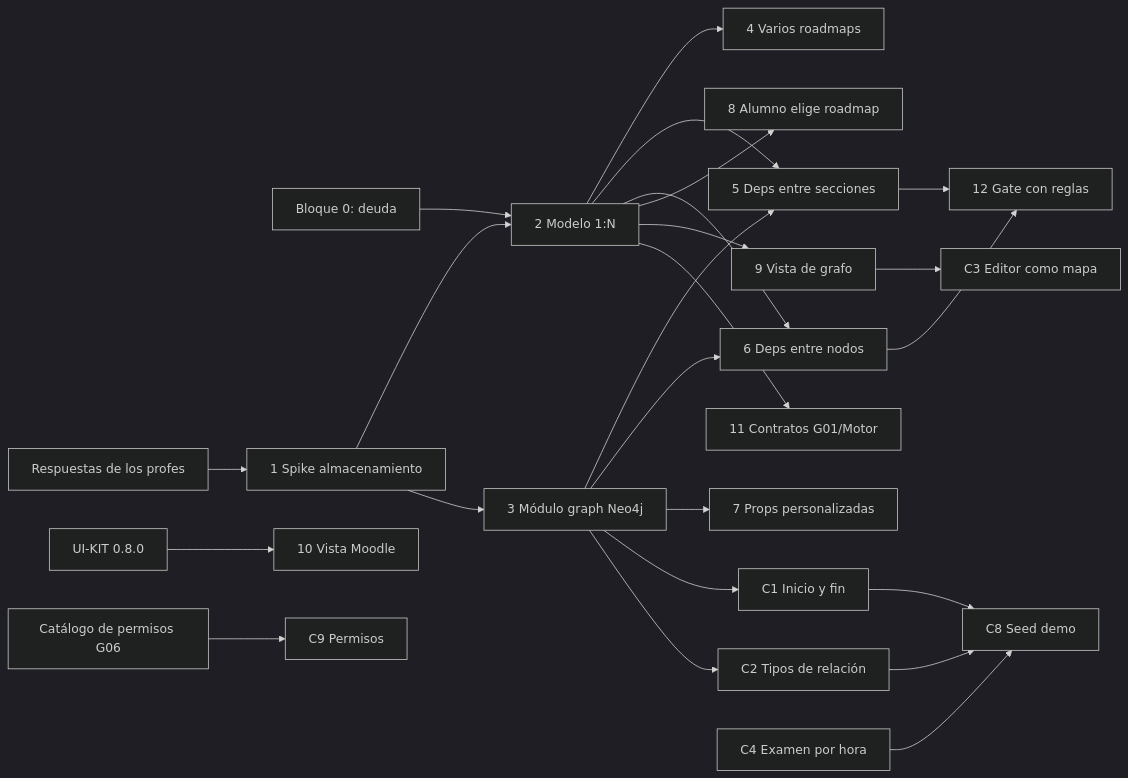
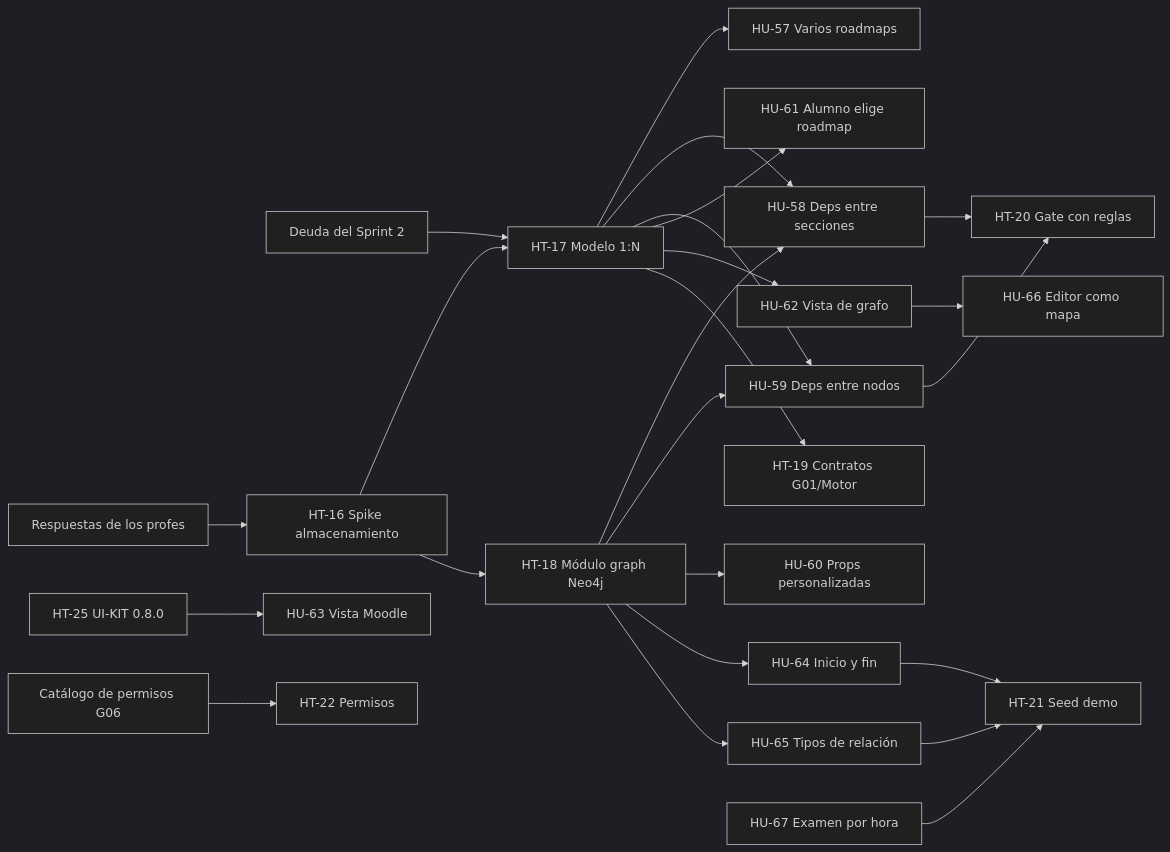
The diagram in sprints/sprint-3/06-backlog-sprint-3.md (BenjaminPolzoni/tpi-g10-cerebro), drawn with Mermaid (dark theme) before and after one commit. The commit also changed other lines of this file and 97 other files, not shown here.

Commit message:
Sprint 3: historias con códigos de Taiga (HU-NN/HT-NN) y la plantilla de la wiki

````diff
--- a/sprints/sprint-3/06-backlog-sprint-3.md
+++ b/sprints/sprint-3/06-backlog-sprint-3.md
@@ -93,26 +93,26 @@
 ```mermaid
 flowchart LR
-  B0[Bloque 0: deuda] --> HT2
-  Q[Respuestas de los profes] --> SP1[1 Spike almacenamiento]
-  SP1 --> HT2[2 Modelo 1:N]
-  SP1 --> HT3[3 Módulo graph Neo4j]
-  HT2 --> H4[4 Varios roadmaps]
-  HT2 --> H5[5 Deps entre secciones]
+  B0[Deuda del Sprint 2] --> HT2
+  Q[Respuestas de los profes] --> SP1[HT-16 Spike almacenamiento]
+  SP1 --> HT2[HT-17 Modelo 1:N]
+  SP1 --> HT3[HT-18 Módulo graph Neo4j]
+  HT2 --> H4[HU-57 Varios roadmaps]
+  HT2 --> H5[HU-58 Deps entre secciones]
   HT3 --> H5
-  HT2 --> H6[6 Deps entre nodos]
+  HT2 --> H6[HU-59 Deps entre nodos]
   HT3 --> H6
-  HT3 --> H7[7 Props personalizadas]
-  HT2 --> H8[8 Alumno elige roadmap]
-  HT2 --> H9[9 Vista de grafo]
-  UK[UI-KIT 0.8.0] --> H10[10 Vista Moodle]
-  HT2 --> HT11[11 Contratos G01/Motor]
-  H5 --> HT12[12 Gate con reglas]
+  HT3 --> H7[HU-60 Props personalizadas]
+  HT2 --> H8[HU-61 Alumno elige roadmap]
+  HT2 --> H9[HU-62 Vista de grafo]
+  UK[HT-25 UI-KIT 0.8.0] --> H10[HU-63 Vista Moodle]
+  HT2 --> HT11[HT-19 Contratos G01/Motor]
+  H5 --> HT12[HT-20 Gate con reglas]
   H6 --> HT12
-  HT3 --> C1[C1 Inicio y fin]
-  HT3 --> C2[C2 Tipos de relación]
-  H9 --> C3[C3 Editor como mapa]
-  C1 --> C8[C8 Seed demo]
-  C2 --> C8
-  C4[C4 Examen por hora] --> C8
-  G06[Catálogo de permisos G06] --> C9[C9 Permisos]
+  HT3 --> HU-64[HU-64 Inicio y fin]
+  HT3 --> HU-65[HU-65 Tipos de relación]
+  H9 --> HU-66[HU-66 Editor como mapa]
+  HU-64 --> HT-21[HT-21 Seed demo]
+  HU-65 --> HT-21
+  HU-67[HU-67 Examen por hora] --> HT-21
+  G06[Catálogo de permisos G06] --> HT-22[HT-22 Permisos]
 ```
````
